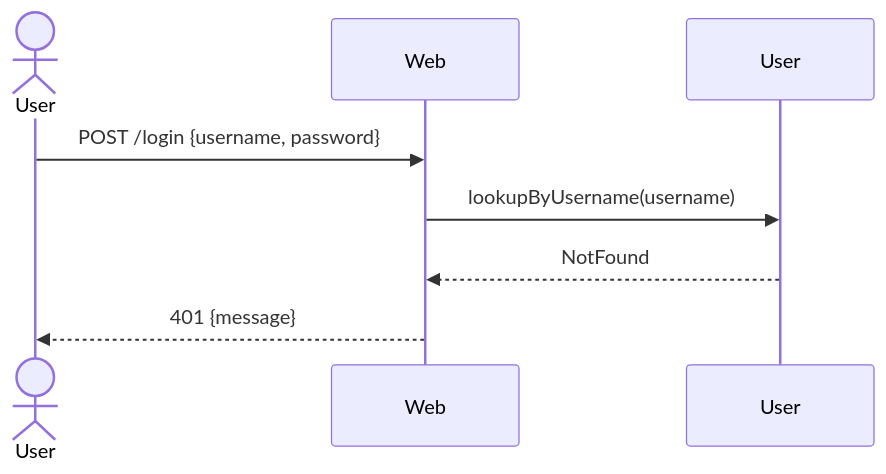
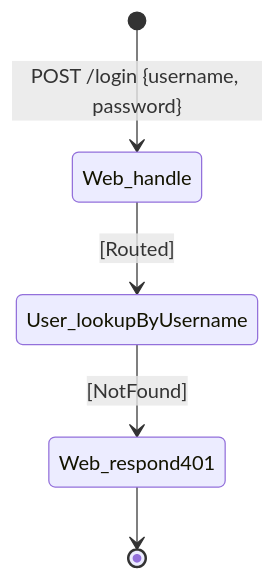
The diagram in features/UC-00-login/stages/02b_chain-table/output/unknown-user-chain.md (abratto/clad), drawn with Mermaid before and after one commit. The commit also changed 3 other files, not shown here.

First line of the commit message:
fix: correct UC-00-login chain diagrams from sequenceDiagram to stateDiagram-v2

````diff
--- a/features/UC-00-login/stages/02b_chain-table/output/unknown-user-chain.md
+++ b/features/UC-00-login/stages/02b_chain-table/output/unknown-user-chain.md
@@ -18,10 +18,7 @@
 ```mermaid
-sequenceDiagram
-    actor U as User
-    participant W as Web
-    participant Us as User
-    U->>W: POST /login {username, password}
-    W->>Us: lookupByUsername(username)
-    Us-->>W: NotFound
-    W-->>U: 401 {message}
+stateDiagram-v2
+    [*] --> Web_handle : POST /login {username, password}
+    Web_handle --> User_lookupByUsername : [Routed]
+    User_lookupByUsername --> Web_respond401 : [NotFound]
+    Web_respond401 --> [*]
 ```
````
